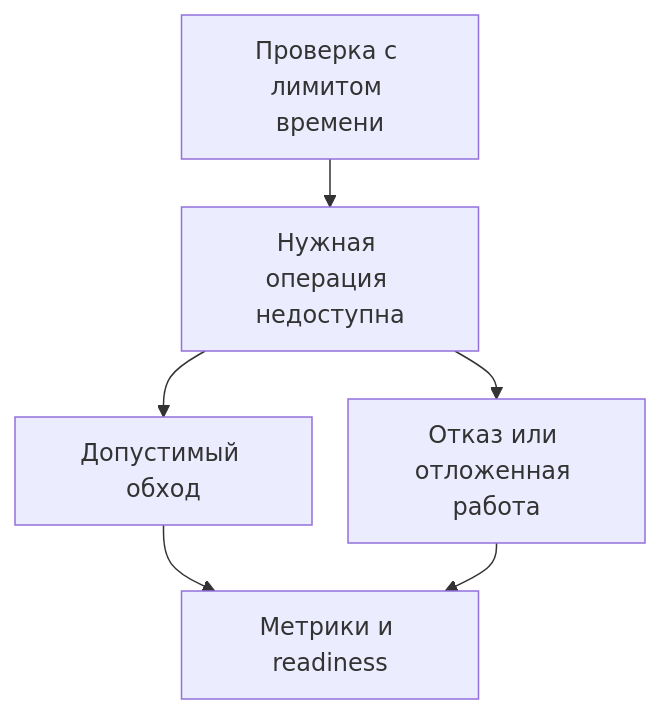
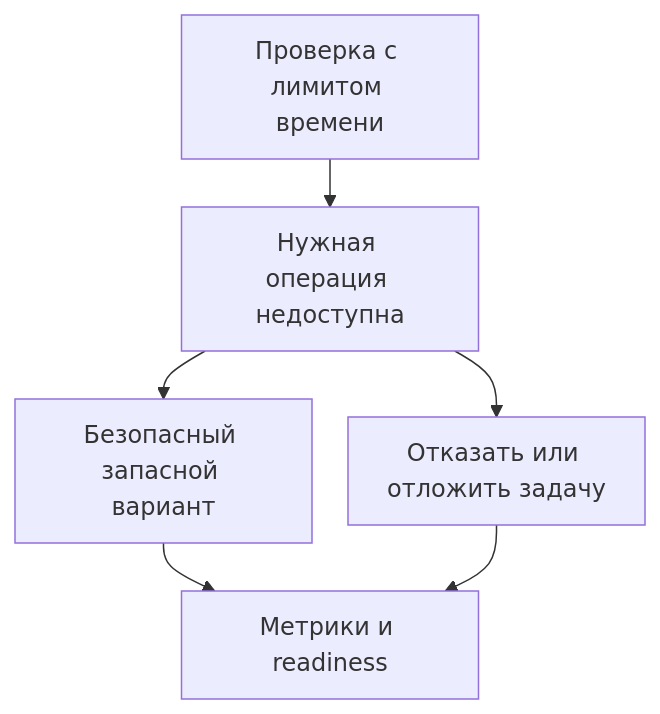
The diagram in translations/ru/blog/posts/2026-09-13-redis-failures-and-health-checks.md (bedrock-python/bedrock-python.github.io), drawn with Mermaid before and after one commit. The commit also changed other lines of this file and 24 other files, not shown here.

````diff
--- a/translations/ru/blog/posts/2026-09-13-redis-failures-and-health-checks.md
+++ b/translations/ru/blog/posts/2026-09-13-redis-failures-and-health-checks.md
@@ -73,24 +73,24 @@
 ```mermaid
 ---
 config:
   theme: default
   look: classic
   flowchart:
     useMaxWidth: false
     wrappingWidth: 150
     padding: 12
     nodeSpacing: 24
     rankSpacing: 32
 ---
 flowchart TD
     accTitle: Отказ Redis требует решения для каждой операции
-    accDescr: Проверка выявляет отказ нужной операции. Приложение выбирает допустимый обход или отказ, а затем отражает это решение в readiness.
+    accDescr: Проверка показывает, работает ли нужная операция Redis. Приложение выбирает запасной способ обработки или возвращает ошибку и соответственно меняет readiness.
     A["Проверка с лимитом времени"]
     B["Нужная операция недоступна"]
-    C["Допустимый обход"]
-    D["Отказ или отложенная работа"]
+    C["Безопасный запасной вариант"]
+    D["Отказать или отложить задачу"]
     E["Метрики и readiness"]
     A --> B
     B --> C --> E
     B --> D --> E
 ```
````
